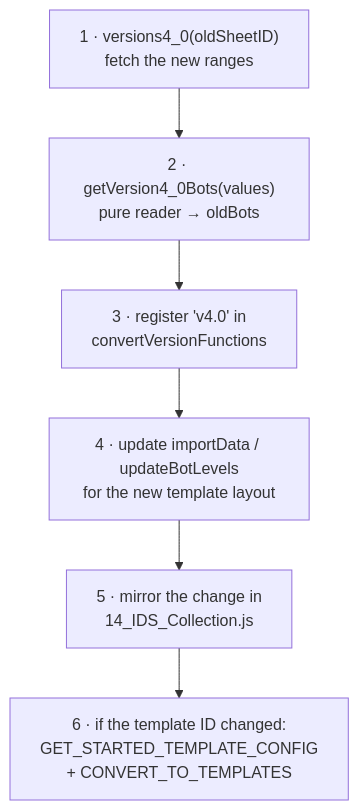
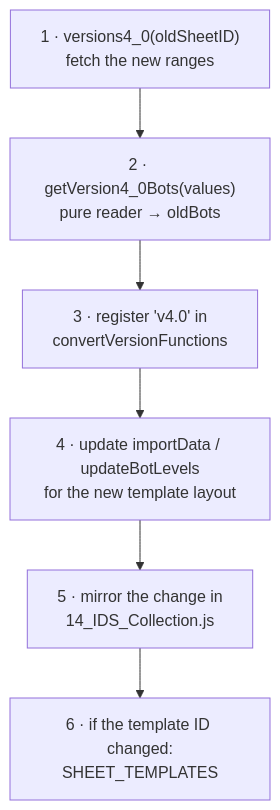
Before and after one commit to Bisse123/The-Tower-App-Script: the third of 3 diagrams in documentation/05-sheet-modules.md, drawn with Mermaid. The commit also changed other lines of this file and 22 other files, not shown here.

````diff
--- a/documentation/05-sheet-modules.md
+++ b/documentation/05-sheet-modules.md
@@ -349,8 +349,8 @@
 ```mermaid
 flowchart TB
     A["1 · versions4_0(oldSheetID)<br/>fetch the new ranges"] --> B["2 · getVersion4_0Bots(values)<br/>pure reader → oldBots"]
     B --> C["3 · register 'v4.0' in<br/>convertVersionFunctions"]
     C --> D["4 · update importData / updateBotLevels<br/>for the new template layout"]
     D --> E["5 · mirror the change in<br/>14_IDS_Collection.js"]
-    E --> F["6 · if the template ID changed:<br/>GET_STARTED_TEMPLATE_CONFIG<br/>+ CONVERT_TO_TEMPLATES"]
+    E --> F["6 · if the template ID changed:<br/>SHEET_TEMPLATES"]
 ```
````
